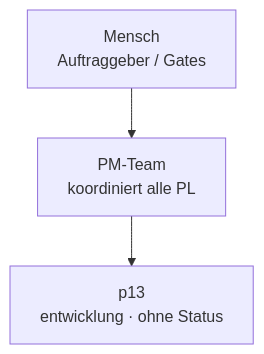
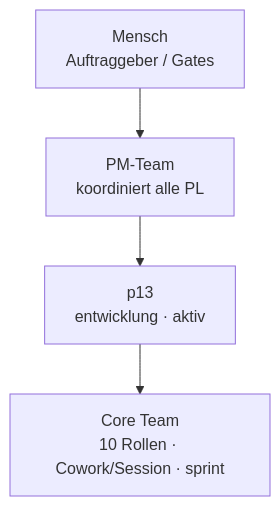
Before and after one commit to DiOflOrds/projects: the diagram in p13/ORGANIGRAMM.md, drawn with Mermaid. The commit also changed other lines of this file and 1 other file, not shown here.

Commit message:
Sprint 34: SWR-207 (Organisationswurzel vom Aufrufer, platform/T-0062) + SWR-208 (Datenklasse platziert, platform/T-0063)

````diff
--- a/p13/ORGANIGRAMM.md
+++ b/p13/ORGANIGRAMM.md
@@ -7,8 +7,10 @@
 ```mermaid
 graph TB
   MENSCH["Mensch<br/>Auftraggeber / Gates"]
   PM["PM-Team<br/>koordiniert alle PL"]
   MENSCH --> PM
-  p13["p13<br/>entwicklung · ohne Status"]
+  p13["p13<br/>entwicklung · aktiv"]
   PM --> p13
+  p13_CORE["Core Team<br/>10 Rollen · Cowork/Session · sprint"]
+  p13 --> p13_CORE
 ```
````
